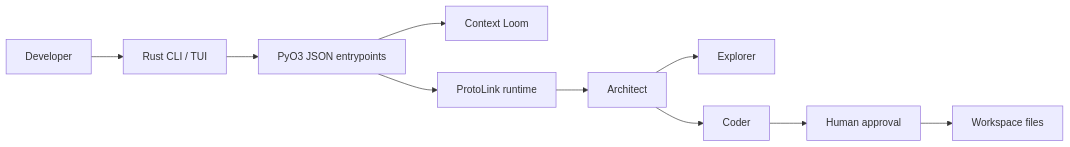
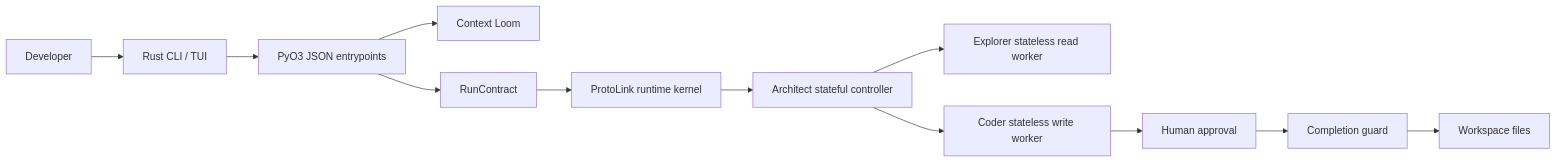
One commit to nMaroulis/protoagent changed the diagram in docs/content/intro.md. Above: the diagram before and after it, drawn with Mermaid. The commit also changed other lines of this file and 32 other files, not shown here.

````diff
--- a/docs/content/intro.md
+++ b/docs/content/intro.md
@@ -47,12 +51,14 @@
 ```mermaid
 flowchart LR
   User["Developer"] --> CLI["Rust CLI / TUI"]
   CLI --> Core["PyO3 JSON entrypoints"]
   Core --> Loom["Context Loom"]
-  Core --> Runtime["ProtoLink runtime"]
-  Runtime --> Architect["Architect"]
-  Architect --> Explorer["Explorer"]
-  Architect --> Coder["Coder"]
+  Core --> Contract["RunContract"]
+  Contract --> Runtime["ProtoLink runtime kernel"]
+  Runtime --> Architect["Architect stateful controller"]
+  Architect --> Explorer["Explorer stateless read worker"]
+  Architect --> Coder["Coder stateless write worker"]
   Coder --> Approval["Human approval"]
-  Approval --> Workspace["Workspace files"]
+  Approval --> Guard["Completion guard"]
+  Guard --> Workspace["Workspace files"]
 ```
````
